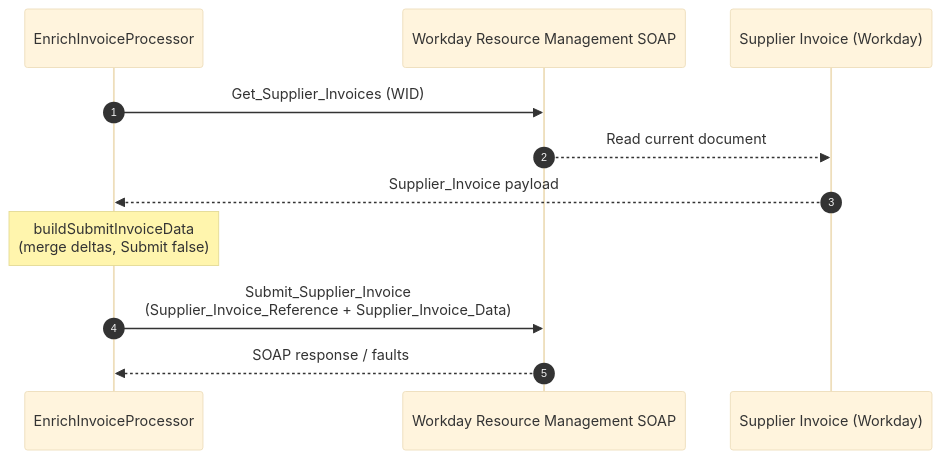
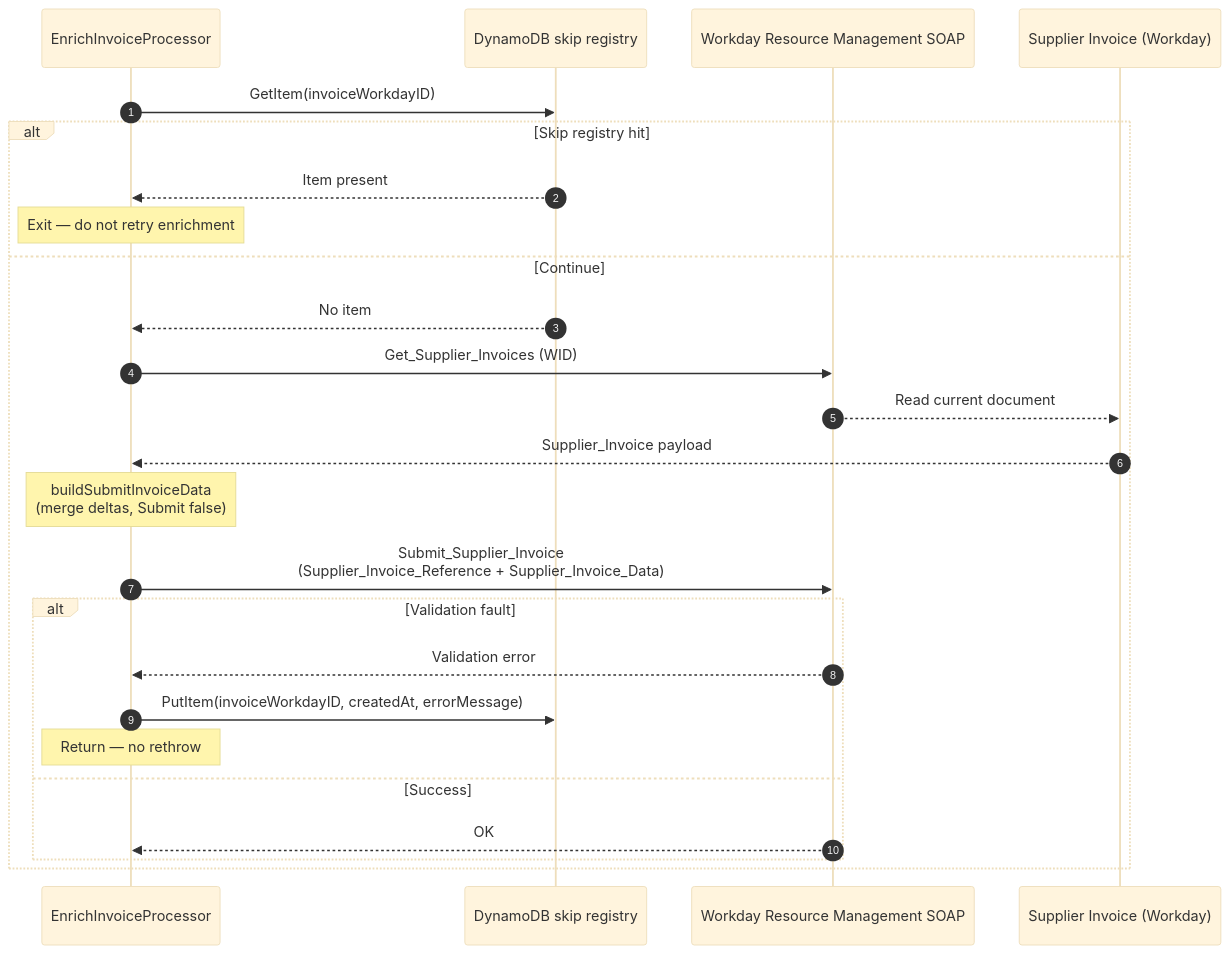
Before and after one commit to pgahq/finance-agent: the fifth of 6 diagrams in docs/adr/0001-finance-agent-serverless-architecture.md, drawn with Mermaid (base theme). The commit also changed other lines of this file, not shown here.

First line of the commit message:
docs(adr): document DynamoDB validation skip registry

````diff
--- a/docs/adr/0001-finance-agent-serverless-architecture.md
+++ b/docs/adr/0001-finance-agent-serverless-architecture.md
@@ -155,16 +208,30 @@
 ```mermaid
 sequenceDiagram
   autonumber
   participant L as EnrichInvoiceProcessor
+  participant DDB as DynamoDB skip registry
   participant RM as Workday Resource Management SOAP
   participant INV as Supplier Invoice (Workday)
 
-  L->>RM: Get_Supplier_Invoices (WID)
-  RM-->>INV: Read current document
-  INV-->>L: Supplier_Invoice payload
+  L->>DDB: GetItem(invoiceWorkdayID)
+  alt Skip registry hit
+    DDB-->>L: Item present
+    Note over L: Exit — do not retry enrichment
+  else Continue
+    DDB-->>L: No item
+    L->>RM: Get_Supplier_Invoices (WID)
+    RM-->>INV: Read current document
+    INV-->>L: Supplier_Invoice payload
 
-  Note over L: buildSubmitInvoiceData<br/>(merge deltas, Submit false)
+    Note over L: buildSubmitInvoiceData<br/>(merge deltas, Submit false)
 
-  L->>RM: Submit_Supplier_Invoice<br/>(Supplier_Invoice_Reference + Supplier_Invoice_Data)
-  RM-->>L: SOAP response / faults
+    L->>RM: Submit_Supplier_Invoice<br/>(Supplier_Invoice_Reference + Supplier_Invoice_Data)
+    alt Validation fault
+      RM-->>L: Validation error
+      L->>DDB: PutItem(invoiceWorkdayID, createdAt, errorMessage)
+      Note over L: Return — no rethrow
+    else Success
+      RM-->>L: OK
+    end
+  end
 ```
````
